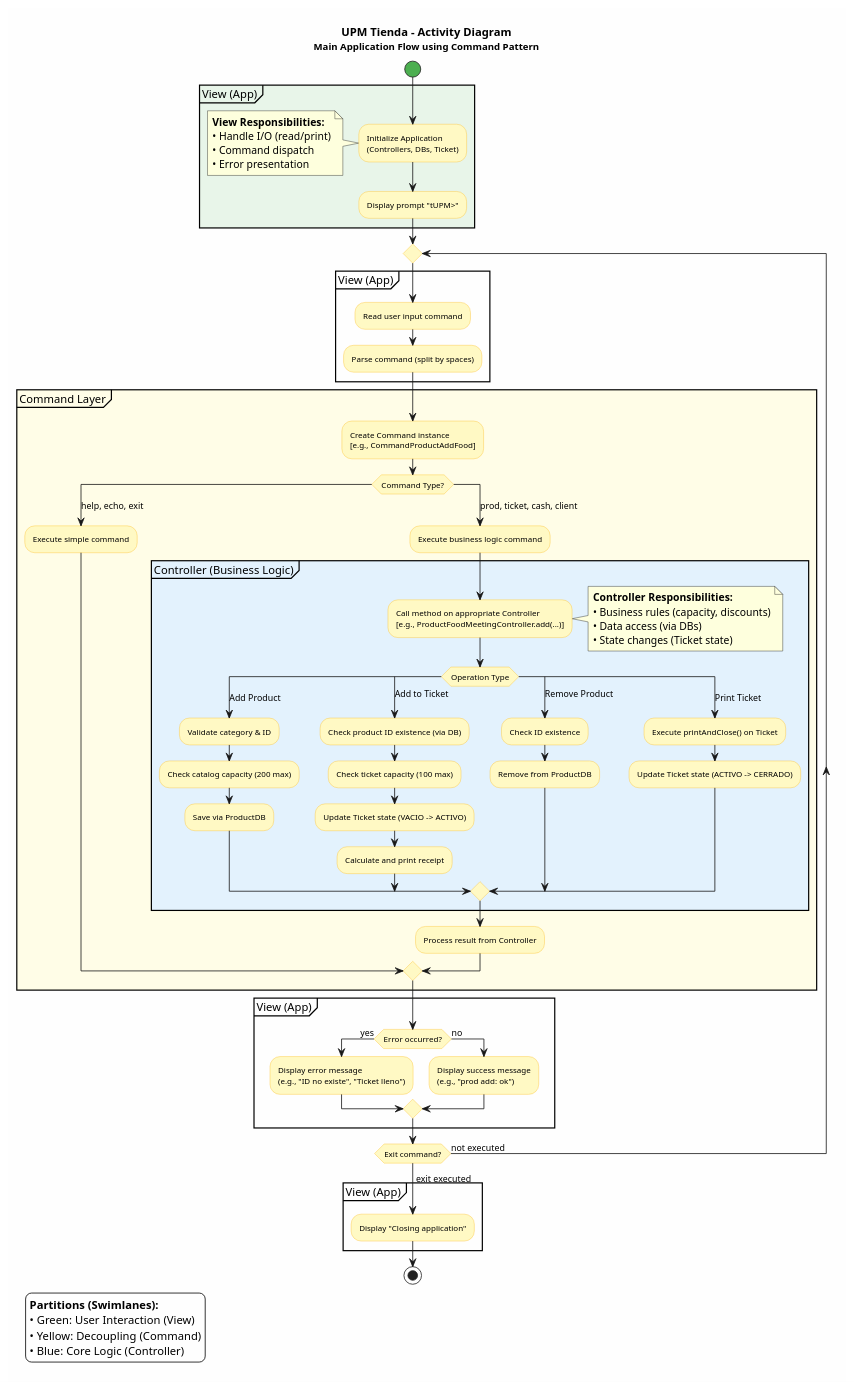
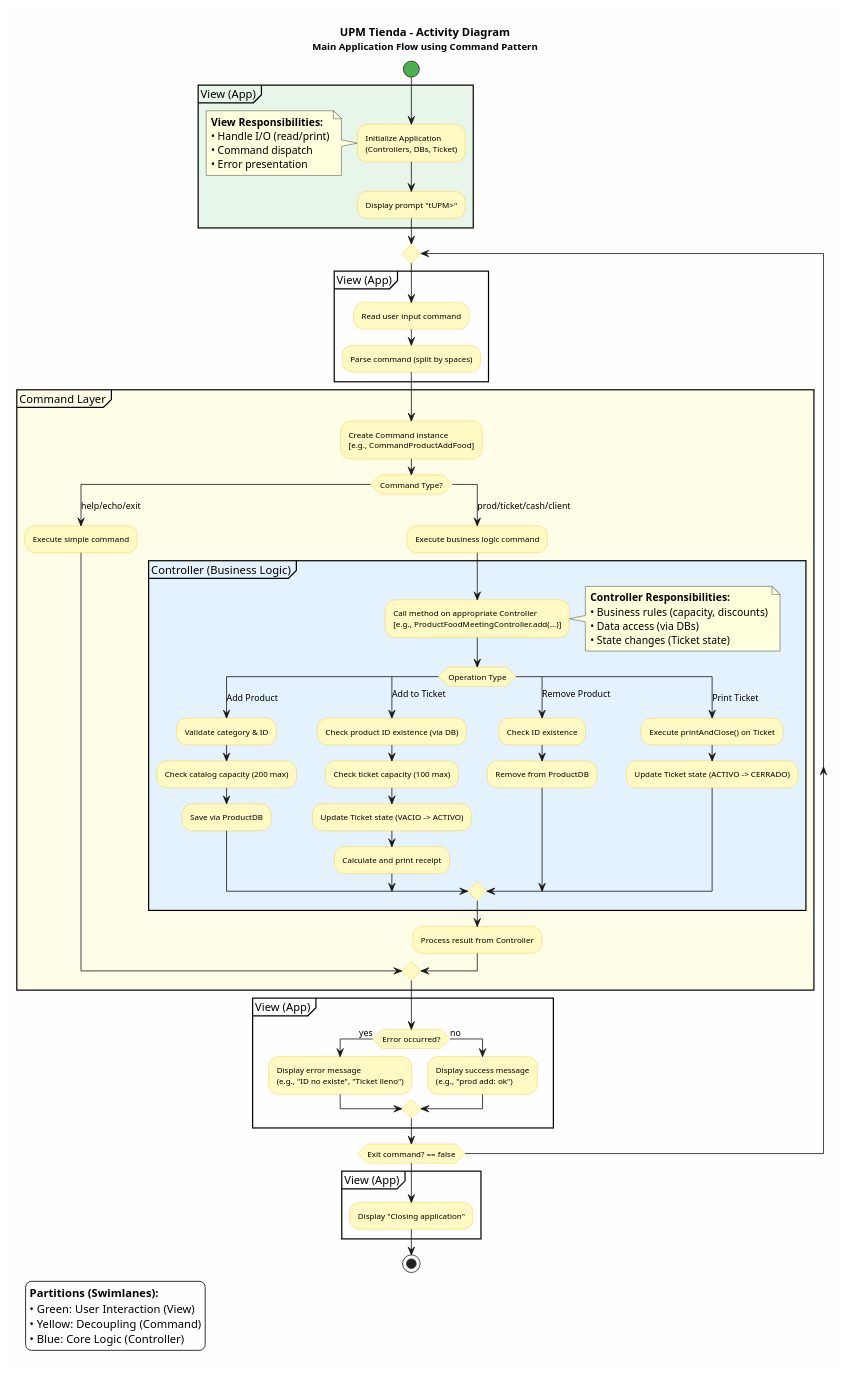
One commit to Hacking-jack/UPM_tienda changed the diagram in uml/activity-diagram.puml. Above: the diagram before and after it, drawn with PlantUML. The commit also changed 5 other files, not shown here.

Commit message:
uml arreglo de relaciones

```diff
--- a/uml/activity-diagram.puml
+++ b/uml/activity-diagram.puml
@@ -1,104 +1,101 @@
 @startuml Activity_Diagram
 
 skinparam backgroundColor #FEFEFE
 skinparam defaultFontName Arial
 skinparam activityDiamondBackgroundColor #E3F2FD
 skinparam activityStartColor #4CAF50
 skinparam activityEndColor #F44336
 skinparam activityBackgroundColor #FFF9C4
 skinparam activityBorderColor #FBC02D
 skinparam activityFontSize 10
 
 title UPM Tienda - Activity Diagram\n<size:12>Main Application Flow using Command Pattern</size>
 
 start
 
 partition "View (App)" #E8F5E9 {
   :Initialize Application\n(Controllers, DBs, Ticket);
   note left
     <b>View Responsibilities:</b>
     • Handle I/O (read/print)
     • Command dispatch
     • Error presentation
   end note
   :Display prompt "tUPM>";
 }
 
 repeat
   partition "View (App)" {
     :Read user input command;
     :Parse command (split by spaces);
   }
 
   partition "Command Layer" #FFFDE7 {
     :Create Command instance\n[e.g., CommandProductAddFood];
 
     switch (Command Type?)
+      case (help/echo/exit)
+        :Execute simple command;
 
-    case (help, echo, exit)
-      :Execute simple command;
+      case (prod/ticket/cash/client)
+        :Execute business logic command;
 
-    case (prod, ticket, cash, client)
-      :Execute business logic command;
+        partition "Controller (Business Logic)" #E3F2FD {
+          :Call method on appropriate Controller\n[e.g., ProductFoodMeetingController.add(...)];
+          note right
+            <b>Controller Responsibilities:</b>
+            • Business rules (capacity, discounts)
+            • Data access (via DBs)
+            • State changes (Ticket state)
+          end note
 
-      partition "Controller (Business Logic)" #E3F2FD {
-        :Call method on appropriate Controller\n[e.g., ProductFoodMeetingController.add(...)];
-        note right
-          <b>Controller Responsibilities:</b>
-          • Business rules (capacity, discounts)
-          • Data access (via DBs)
-          • State changes (Ticket state)
-        end note
+          switch (Operation Type)
+            case (Add Product)
+              :Validate category & ID;
+              :Check catalog capacity (200 max);
+              :Save via ProductDB;
 
-        switch (Operation Type)
-        case (Add Product)
-          :Validate category & ID;
-          :Check catalog capacity (200 max);
-          :Save via ProductDB;
+            case (Add to Ticket)
+              :Check product ID existence (via DB);
+              :Check ticket capacity (100 max);
+              :Update Ticket state (VACIO -> ACTIVO);
+              :Calculate and print receipt;
 
-        case (Add to Ticket)
-          :Check product ID existence (via DB);
-          :Check ticket capacity (100 max);
-          :Update Ticket state (VACIO -> ACTIVO);
-          :Calculate and print receipt;
+            case (Remove Product)
+              :Check ID existence;
+              :Remove from ProductDB;
 
-        case (Remove Product)
-          :Check ID existence;
-          :Remove from ProductDB;
+            case (Print Ticket)
+              :Execute printAndClose() on Ticket;
+              :Update Ticket state (ACTIVO -> CERRADO);
+          endswitch
+        }
 
-        case (Print Ticket)
-          :Execute printAndClose() on Ticket;
-          :Update Ticket state (ACTIVO -> CERRADO);
-
-        endswitch
-      }
-
-      :Process result from Controller;
-
+        :Process result from Controller;
     endswitch
   }
 
   partition "View (App)" {
     if (Error occurred?) then (yes)
       :Display error message\n(e.g., "ID no existe", "Ticket lleno");
     else (no)
       :Display success message\n(e.g., "prod add: ok");
     endif
   }
 
-repeat while (Exit command?) is (not executed)
-->exit executed;
+repeat while (Exit command? == false)
 
 partition "View (App)" {
   :Display "Closing application";
 }
 
 stop
 
 legend left
   <b>Partitions (Swimlanes):</b>
   • Green: User Interaction (View)
   • Yellow: Decoupling (Command)
   • Blue: Core Logic (Controller)
 endlegend
+
 @enduml
```
